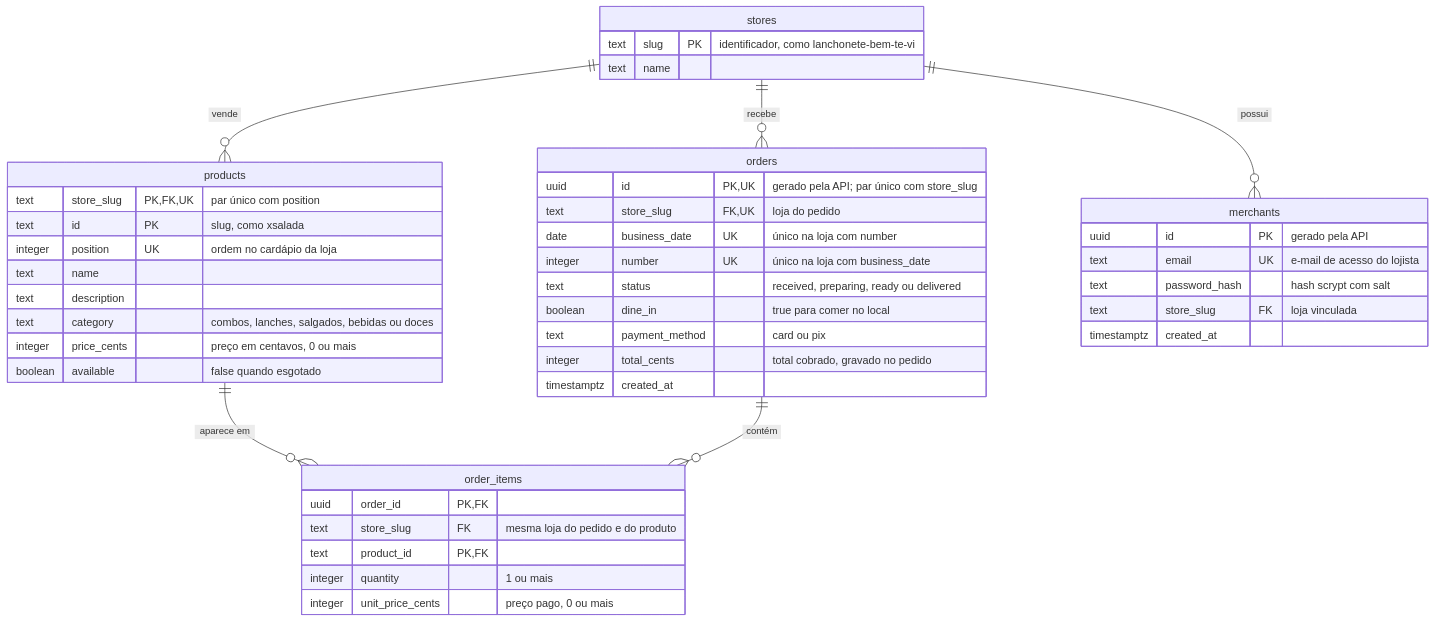
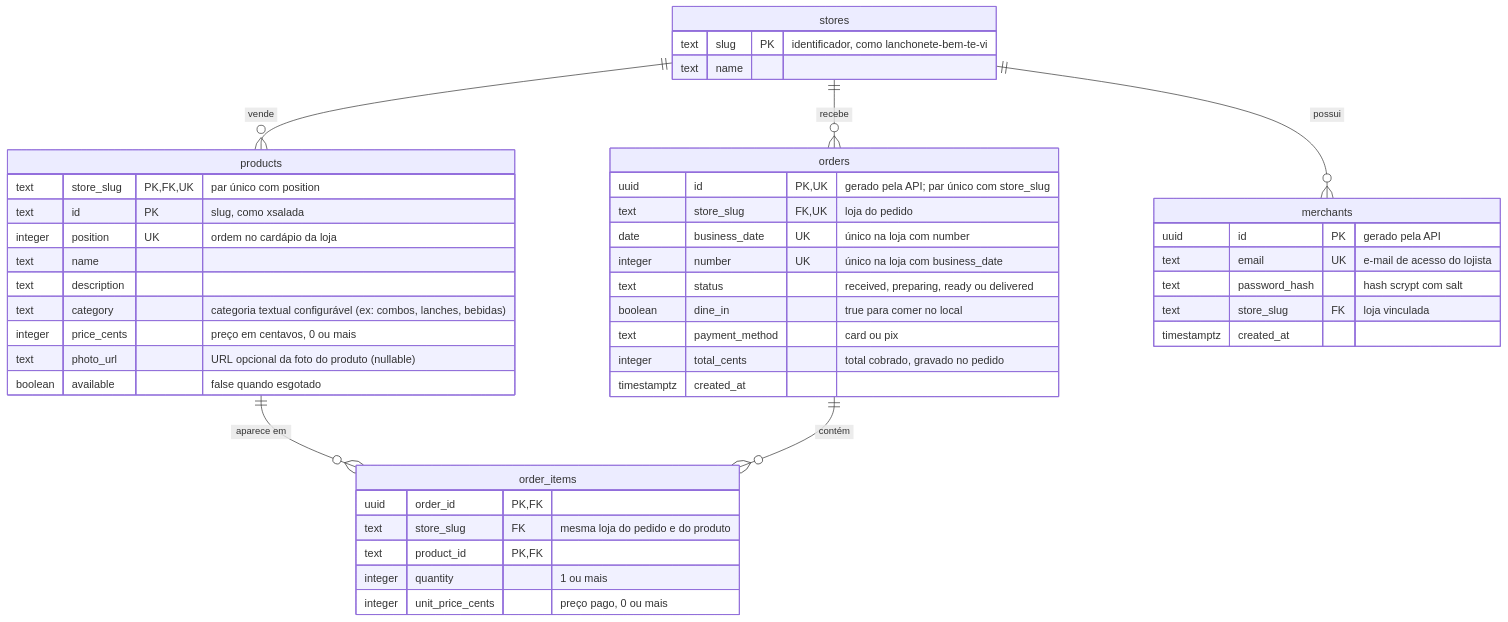
The diagram in docs/banco-de-dados.md (kaualimadesouza/EI), drawn with Mermaid before and after one commit. The commit also changed other lines of this file and 49 other files, not shown here.

````diff
--- a/docs/banco-de-dados.md
+++ b/docs/banco-de-dados.md
@@ -9,54 +9,55 @@
 ```mermaid
 %%{init: {"htmlLabels": false}}%%
 %% htmlLabels off: labels render as SVG text, not HTML boxes that can clip
 erDiagram
     stores ||--o{ products : "vende"
     stores ||--o{ orders : "recebe"
     stores ||--o{ merchants : "possui"
     products ||--o{ order_items : "aparece em"
     orders ||--o{ order_items : "contém"
 
     stores {
         text slug PK "identificador, como lanchonete-bem-te-vi"
         text name
     }
 
     merchants {
         uuid id PK "gerado pela API"
         text email UK "e-mail de acesso do lojista"
         text password_hash "hash scrypt com salt"
         text store_slug FK "loja vinculada"
         timestamptz created_at
     }
 
     products {
         text store_slug PK, FK, UK "par único com position"
         text id PK "slug, como xsalada"
         integer position UK "ordem no cardápio da loja"
         text name
         text description
-        text category "combos, lanches, salgados, bebidas ou doces"
+        text category "categoria textual configurável (ex: combos, lanches, bebidas)"
         integer price_cents "preço em centavos, 0 ou mais"
+        text photo_url "URL opcional da foto do produto (nullable)"
         boolean available "false quando esgotado"
     }
 
     orders {
         uuid id PK, UK "gerado pela API; par único com store_slug"
         text store_slug FK, UK "loja do pedido"
         date business_date UK "único na loja com number"
         integer number UK "único na loja com business_date"
         text status "received, preparing, ready ou delivered"
         boolean dine_in "true para comer no local"
         text payment_method "card ou pix"
         integer total_cents "total cobrado, gravado no pedido"
         timestamptz created_at
     }
 
     order_items {
         uuid order_id PK, FK
         text store_slug FK "mesma loja do pedido e do produto"
         text product_id PK, FK
         integer quantity "1 ou mais"
         integer unit_price_cents "preço pago, 0 ou mais"
     }
 ```
````
